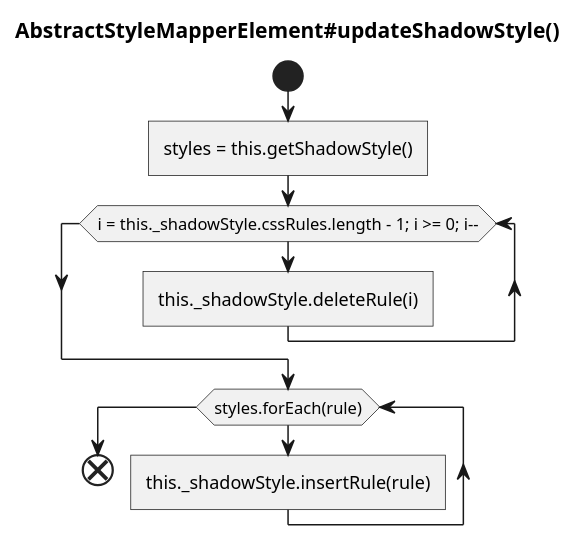
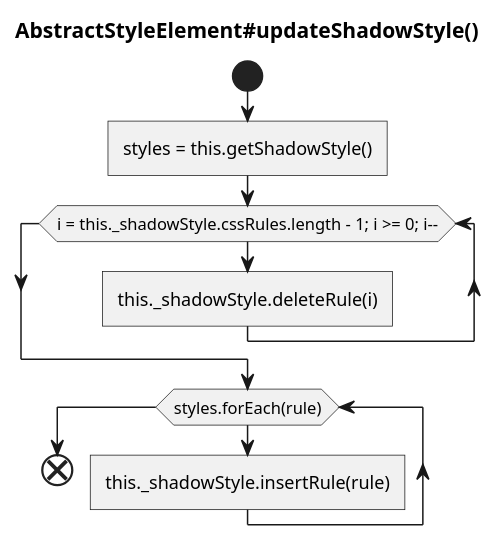
Before and after one commit to hdml-github/hdml-github.github.io: diagram 17 of 19 in puml/renderer.puml, drawn with PlantUML. The commit also changed other lines of this file and 27 other files, not shown here.

```diff
--- a/puml/renderer.puml
+++ b/puml/renderer.puml
@@ -285,13 +392,13 @@
-@startuml AbstractStyleMapperElement_updateShadowStyle
-  title AbstractStyleMapperElement#updateShadowStyle()
+@startuml AbstractStyleElement_updateShadowStyle
+  title AbstractStyleElement#updateShadowStyle()
 
   start
     :styles = this.getShadowStyle()]
     while (i = this._shadowStyle.cssRules.length - 1; i >= 0; i--)
       :this._shadowStyle.deleteRule(i)]
     endwhile
     while (styles.forEach(rule))
       :this._shadowStyle.insertRule(rule)]
     endwhile
   end
 @enduml
```
